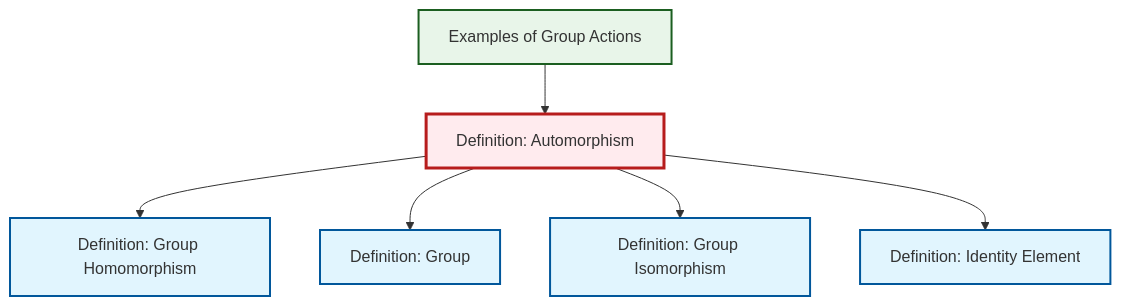
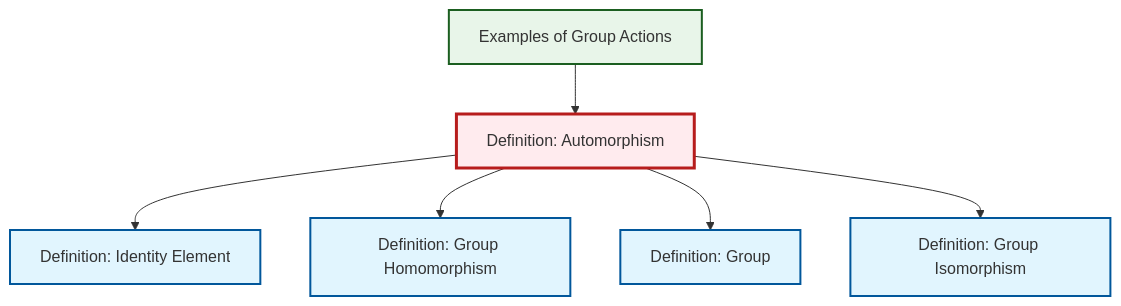
One commit to RK0429/ModernMath changed the diagram in content/ja/algebra/def-automorphism.qmd. Above: the diagram before and after it, drawn with Mermaid. The commit also changed other lines of this file and 597 other files, not shown here.

````diff
--- a/content/ja/algebra/def-automorphism.qmd
+++ b/content/ja/algebra/def-automorphism.qmd
@@ -101,26 +101,26 @@
 ```{mermaid}
 %%| fig-cap: "Local dependency graph"
 graph TD
     classDef definition fill:#e1f5fe,stroke:#01579b,stroke-width:2px
     classDef theorem fill:#f3e5f5,stroke:#4a148c,stroke-width:2px
     classDef axiom fill:#fff3e0,stroke:#e65100,stroke-width:2px
     classDef example fill:#e8f5e9,stroke:#1b5e20,stroke-width:2px
     classDef current fill:#ffebee,stroke:#b71c1c,stroke-width:3px
+    def-identity-element["Definition: Identity Element"]:::definition
+    def-homomorphism["Definition: Group Homomorphism"]:::definition
+    ex-group-action-examples["Examples of Group Actions"]:::example
+    def-automorphism["Definition: Automorphism"]:::definition
     def-isomorphism["Definition: Group Isomorphism"]:::definition
-    ex-group-action-examples["Examples of Group Actions"]:::example
-    def-identity-element["Definition: Identity Element"]:::definition
     def-group["Definition: Group"]:::definition
-    def-automorphism["Definition: Automorphism"]:::definition
-    def-homomorphism["Definition: Group Homomorphism"]:::definition
+    def-automorphism --> def-identity-element
     def-automorphism --> def-homomorphism
     def-automorphism --> def-group
+    def-automorphism --> def-isomorphism
     ex-group-action-examples --> def-automorphism
-    def-automorphism --> def-isomorphism
-    def-automorphism --> def-identity-element
     class def-automorphism current
+    click def-identity-element "def-identity-element.html" "Definition: Identity Elementへ"
+    click def-homomorphism "def-homomorphism.html" "Definition: Group Homomorphismへ"
+    click ex-group-action-examples "ex-group-action-examples.html" "Examples of Group Actionsへ"
     click def-isomorphism "def-isomorphism.html" "Definition: Group Isomorphismへ"
-    click ex-group-action-examples "ex-group-action-examples.html" "Examples of Group Actionsへ"
-    click def-identity-element "def-identity-element.html" "Definition: Identity Elementへ"
     click def-group "def-group.html" "Definition: Groupへ"
-    click def-homomorphism "def-homomorphism.html" "Definition: Group Homomorphismへ"
 ```
````
